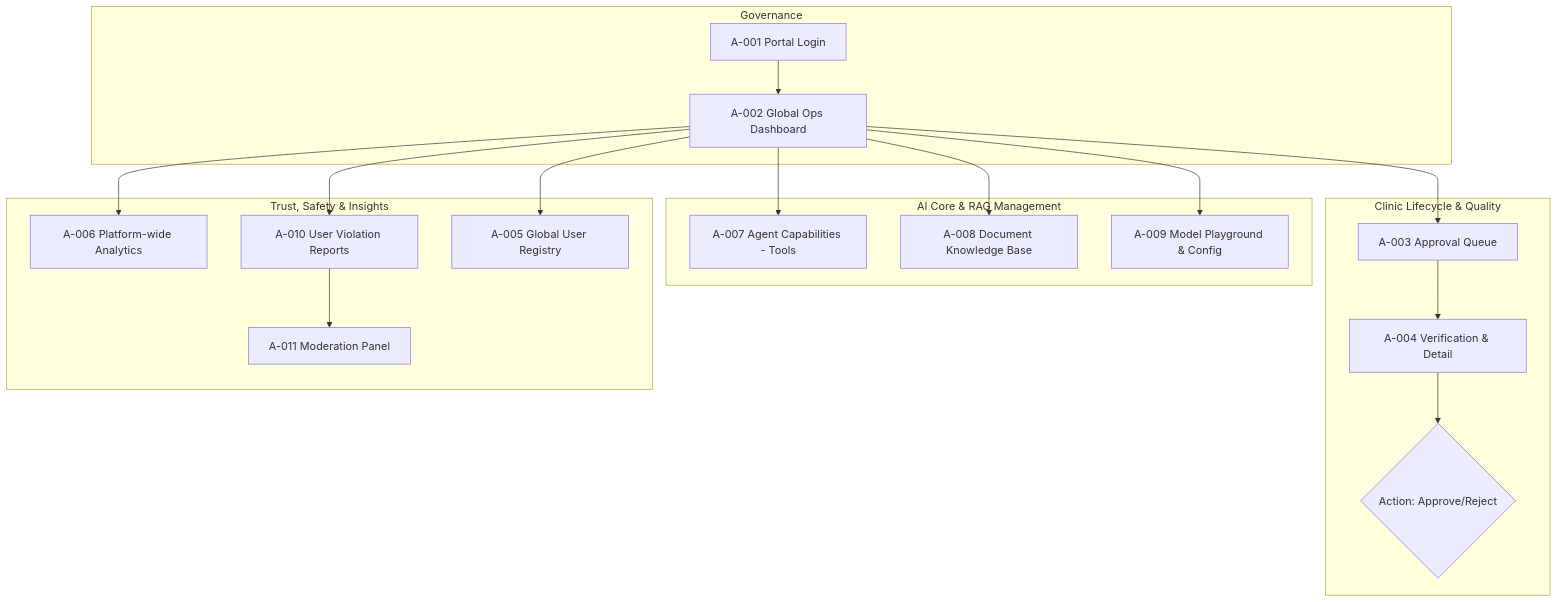
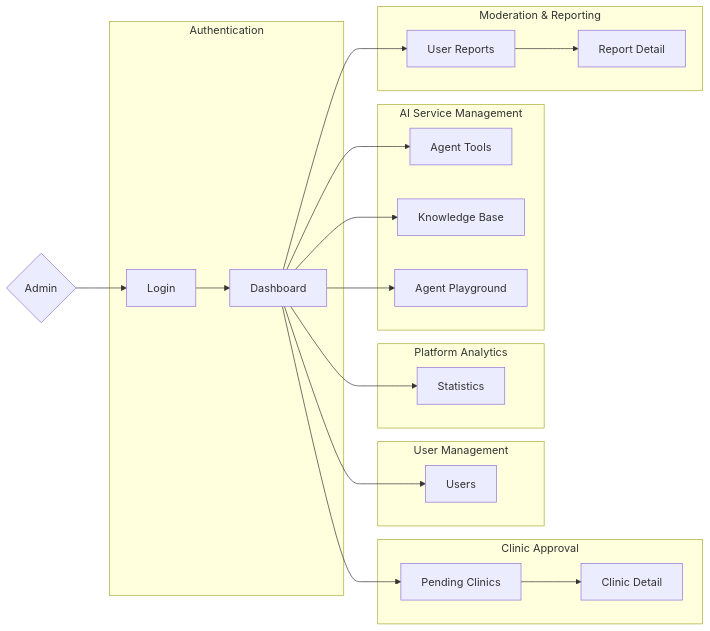
One commit to espresso23/Petties-Veterinary-Appointment-Booking-Platform changed the eighth of 9 diagrams in docs-references/documentation/SRS/PETTIES_SRS.md. Above: the diagram before and after it, drawn with Mermaid. The commit also changed other lines of this file and 2 other files, not shown here.

````diff
--- a/docs-references/documentation/SRS/PETTIES_SRS.md
+++ b/docs-references/documentation/SRS/PETTIES_SRS.md
@@ -539,25 +586,32 @@
 ```mermaid
-flowchart TB
-    subgraph "Governance"
-        A_LOGIN[A-001 Portal Login] --> A_DASH[A-002 Global Ops Dashboard]
+flowchart LR
+    ADMIN{Admin} --> A001[Login]
+
+    subgraph Authentication
+        A001 --> A002[Dashboard]
     end
-    
-    subgraph "Clinic Lifecycle & Quality"
-        A_DASH --> A_PENDING[A-003 Approval Queue]
-        A_PENDING --> A_REVIEW[A-004 Verification & Detail]
-        A_REVIEW --> A_DECISION{Action: Approve/Reject}
+
+    subgraph Clinic_Approval[Clinic Approval]
+        A002 --> A003[Pending Clinics]
+        A003 --> A004[Clinic Detail]
     end
-    
-    subgraph "AI Core & RAG Management"
-        A_DASH --> A_TOOLS[A-007 Agent Capabilities - Tools]
-        A_DASH --> A_KB[A-008 Document Knowledge Base]
-        A_DASH --> A_TEST[A-009 Model Playground & Config]
+
+    subgraph User_Management[User Management]
+        A002 --> A005[Users]
     end
-    
-    subgraph "Trust, Safety & Insights"
-        A_DASH --> A_STATS[A-006 Platform-wide Analytics]
-        A_DASH --> A_TRUST[A-010 User Violation Reports]
-        A_TRUST --> A_MOD[A-011 Moderation Panel]
-        A_DASH --> A_USERS[A-005 Global User Registry]
+
+    subgraph Platform_Analytics[Platform Analytics]
+        A002 --> A006[Statistics]
+    end
+
+    subgraph AI_Service_Management[AI Service Management]
+        A002 --> A007[Agent Tools]
+        A002 --> A008[Knowledge Base]
+        A002 --> A009[Agent Playground]
+    end
+
+    subgraph Moderation_Reporting[Moderation & Reporting]
+        A002 --> A010[User Reports]
+        A010 --> A011[Report Detail]
     end
 ```
````
